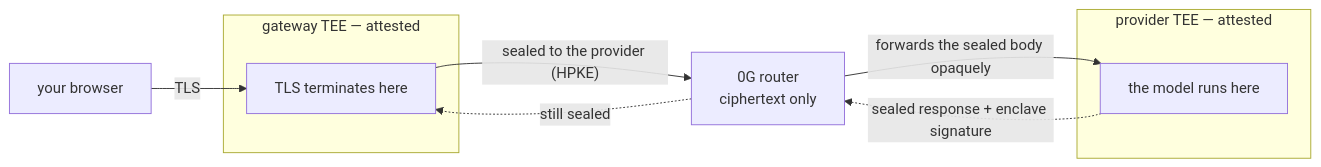
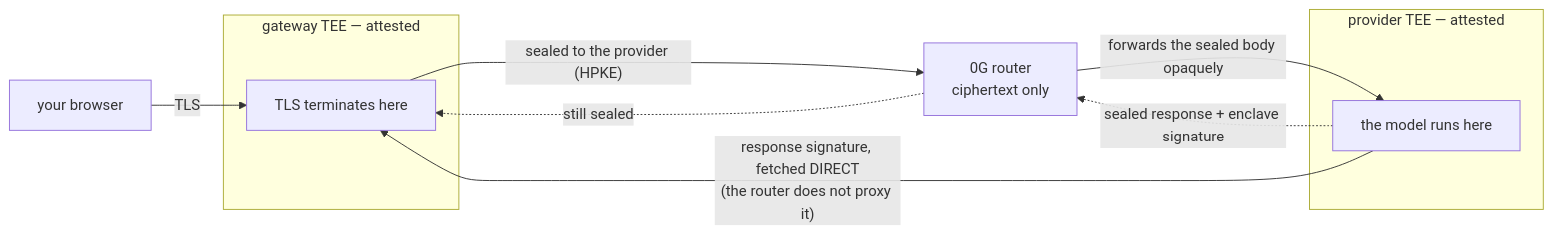
Before and after one commit to 0gfoundation/0g-pc-e2ee: the diagram in docs/why-this-is-private.md, drawn with Mermaid. The commit also changed other lines of this file and 1 other file, not shown here.

First line of the commit message:
docs: the request has no direct gateway-to-provider link

````diff
--- a/docs/why-this-is-private.md
+++ b/docs/why-this-is-private.md
@@ -49,20 +48,21 @@
 ```mermaid
 flowchart LR
     APP["your browser"]
 
     subgraph GW["gateway TEE — attested"]
         G["TLS terminates here"]
     end
 
     R["0G router<br/>ciphertext only"]
 
     subgraph PROV["provider TEE — attested"]
         P["the model runs here"]
     end
 
     APP -->|"TLS"| G
     G -->|"sealed to the provider (HPKE)"| R
     R -->|"forwards the sealed body opaquely"| P
     P -.->|"sealed response + enclave signature"| R
     R -.->|"still sealed"| G
+    P ---->|"response signature, fetched DIRECT<br/>(the router does not proxy it)"| G
 ```
````
